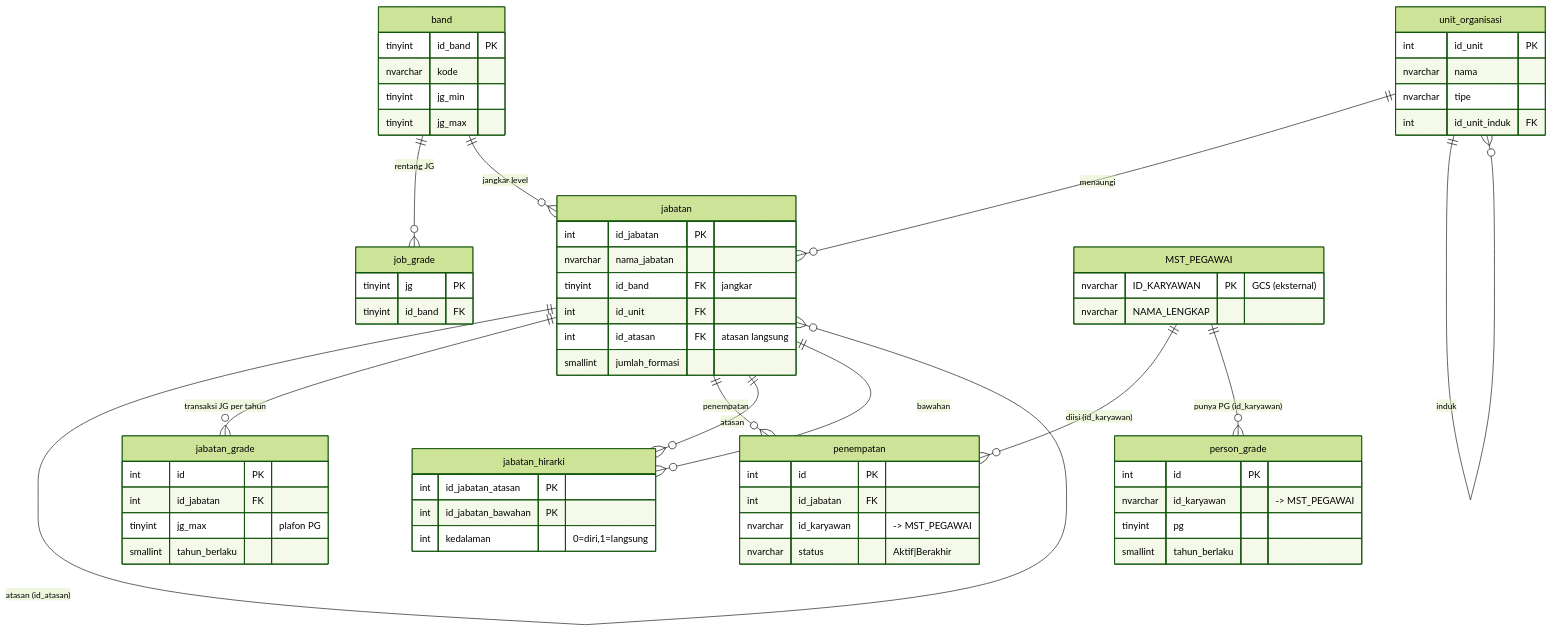
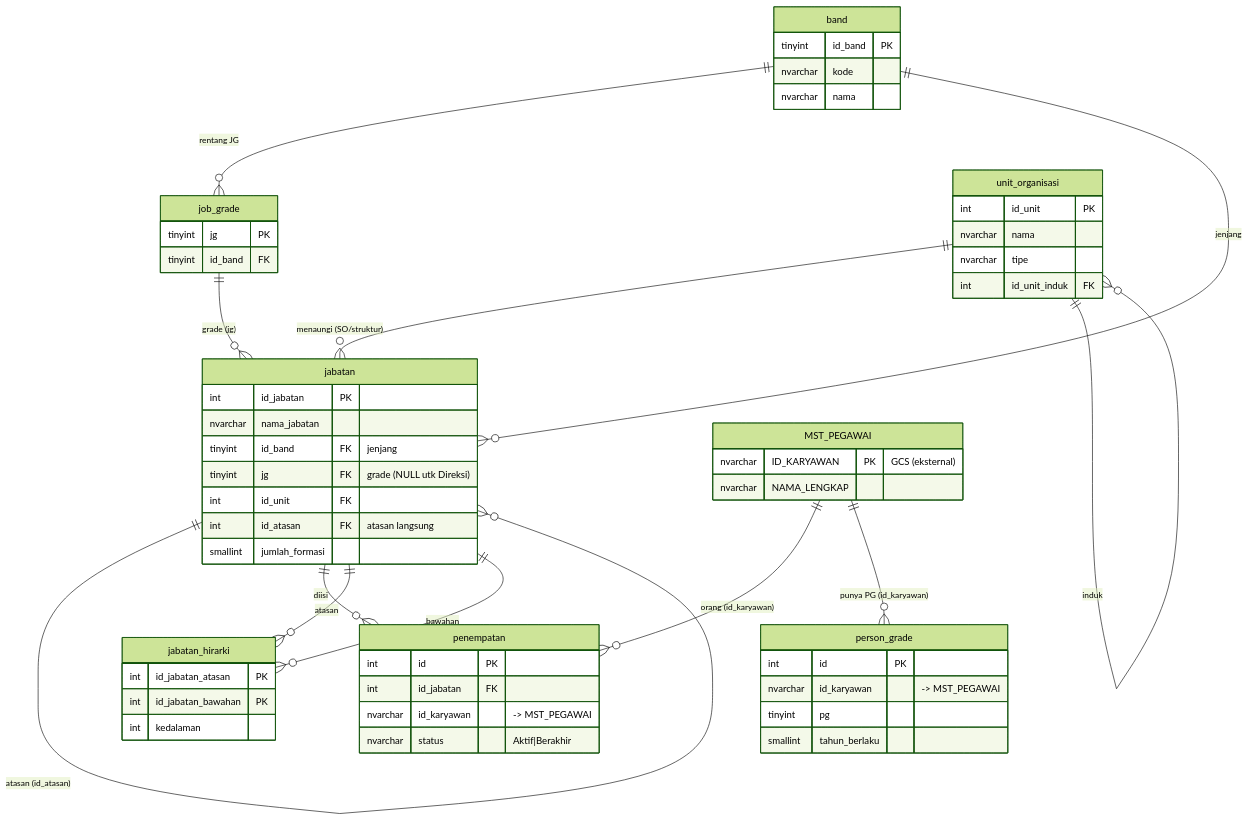
One commit to Adewangga018/sso-starter changed the diagram in docs/DESAIN-DB-JOBGRADE.md. Above: the diagram before and after it, drawn with Mermaid (forest theme). The commit also changed other lines of this file and 2 other files, not shown here.

````diff
--- a/docs/DESAIN-DB-JOBGRADE.md
+++ b/docs/DESAIN-DB-JOBGRADE.md
@@ -23,48 +25,44 @@
 ```mermaid
 erDiagram
     band     ||--o{ job_grade : "rentang JG"
-    band     ||--o{ jabatan   : "jangkar level"
-    unit_organisasi ||--o{ jabatan : "menaungi"
+    band     ||--o{ jabatan   : "jenjang"
+    job_grade ||--o{ jabatan  : "grade (jg)"
+    unit_organisasi ||--o{ jabatan : "menaungi (SO/struktur)"
     unit_organisasi ||--o{ unit_organisasi : "induk"
     jabatan  ||--o{ jabatan   : "atasan (id_atasan)"
-    jabatan  ||--o{ jabatan_grade : "transaksi JG per tahun"
-    jabatan  ||--o{ penempatan    : "penempatan"
+    jabatan  ||--o{ penempatan : "diisi"
     jabatan  ||--o{ jabatan_hirarki : "atasan"
     jabatan  ||--o{ jabatan_hirarki : "bawahan"
-    MST_PEGAWAI ||--o{ penempatan   : "diisi (id_karyawan)"
+    MST_PEGAWAI ||--o{ penempatan   : "orang (id_karyawan)"
     MST_PEGAWAI ||--o{ person_grade : "punya PG (id_karyawan)"
 
     band { tinyint id_band PK
            nvarchar kode
-           tinyint jg_min
-           tinyint jg_max }
+           nvarchar nama }
     job_grade { tinyint jg PK
                 tinyint id_band FK }
     unit_organisasi { int id_unit PK
                       nvarchar nama
                       nvarchar tipe
                       int id_unit_induk FK }
     jabatan { int id_jabatan PK
               nvarchar nama_jabatan
-              tinyint id_band FK "jangkar"
+              tinyint id_band FK "jenjang"
+              tinyint jg FK "grade (NULL utk Direksi)"
               int id_unit FK
               int id_atasan FK "atasan langsung"
               smallint jumlah_formasi }
-    jabatan_grade { int id PK
-                    int id_jabatan FK
-                    tinyint jg_max "plafon PG"
-                    smallint tahun_berlaku }
     penempatan { int id PK
                  int id_jabatan FK
                  nvarchar id_karyawan "-> MST_PEGAWAI"
                  nvarchar status "Aktif|Berakhir" }
     person_grade { int id PK
                    nvarchar id_karyawan "-> MST_PEGAWAI"
                    tinyint pg
                    smallint tahun_berlaku }
     jabatan_hirarki { int id_jabatan_atasan PK
                       int id_jabatan_bawahan PK
-                      int kedalaman "0=diri,1=langsung" }
+                      int kedalaman }
     MST_PEGAWAI { nvarchar ID_KARYAWAN PK "GCS (eksternal)"
                   nvarchar NAMA_LENGKAP }
 ```
````
